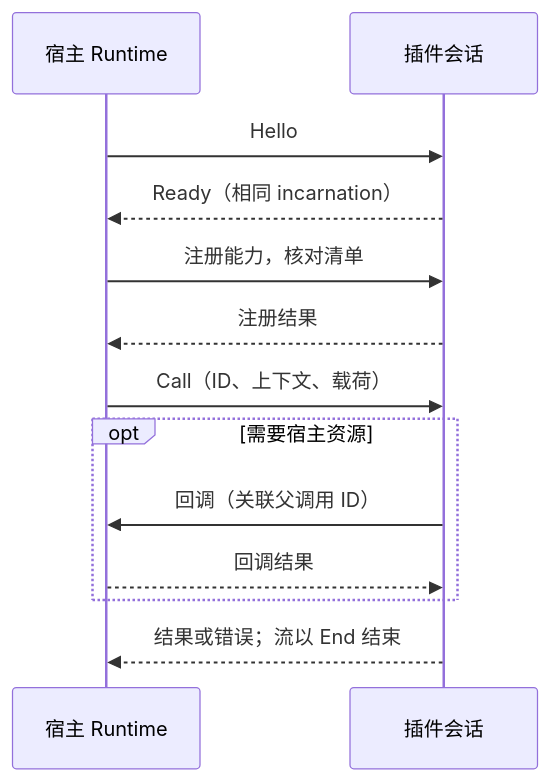
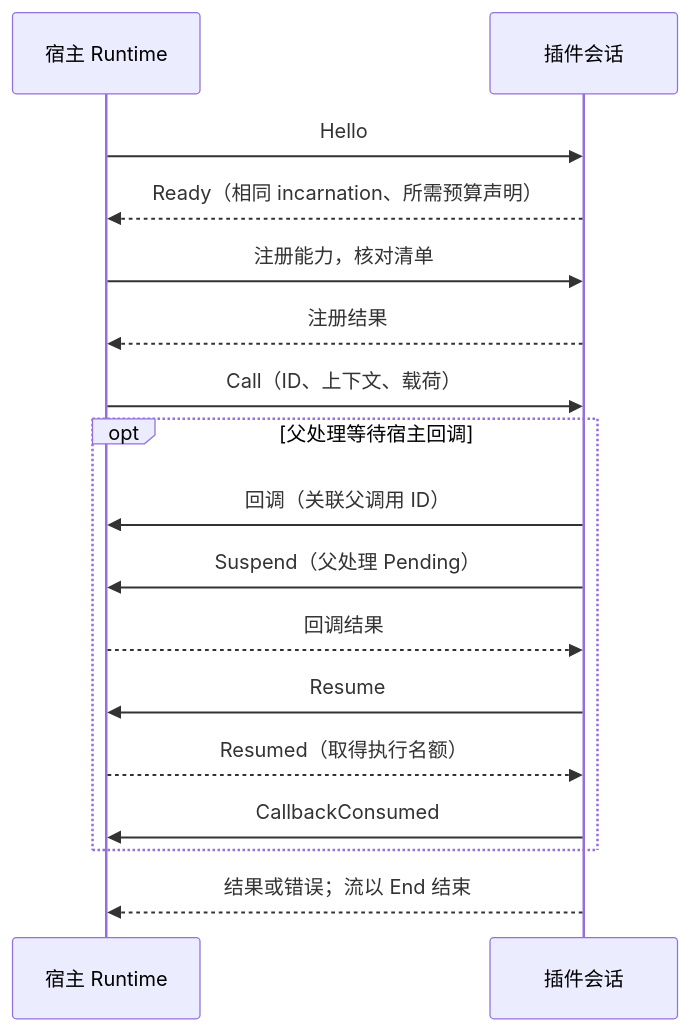
The diagram in backend/crates/gateway-plugin/sdk/README.md (Lemon-57/codex-proxy-rs), drawn with Mermaid before and after one commit. The commit also changed other lines of this file and 15431 other files, not shown here.

````diff
--- a/backend/crates/gateway-plugin/sdk/README.md
+++ b/backend/crates/gateway-plugin/sdk/README.md
@@ -62,15 +62,19 @@
 ```mermaid
 sequenceDiagram
   participant H as 宿主 Runtime
   participant P as 插件会话
   H->>P: Hello
-  P-->>H: Ready（相同 incarnation）
+  P-->>H: Ready（相同 incarnation、所需预算声明）
   H->>P: 注册能力，核对清单
   P-->>H: 注册结果
   H->>P: Call（ID、上下文、载荷）
-  opt 需要宿主资源
+  opt 父处理等待宿主回调
     P->>H: 回调（关联父调用 ID）
+    P->>H: Suspend（父处理 Pending）
     H-->>P: 回调结果
+    P->>H: Resume
+    H-->>P: Resumed（取得执行名额）
+    P->>H: CallbackConsumed
   end
   P-->>H: 结果或错误；流以 End 结束
 ```
````
